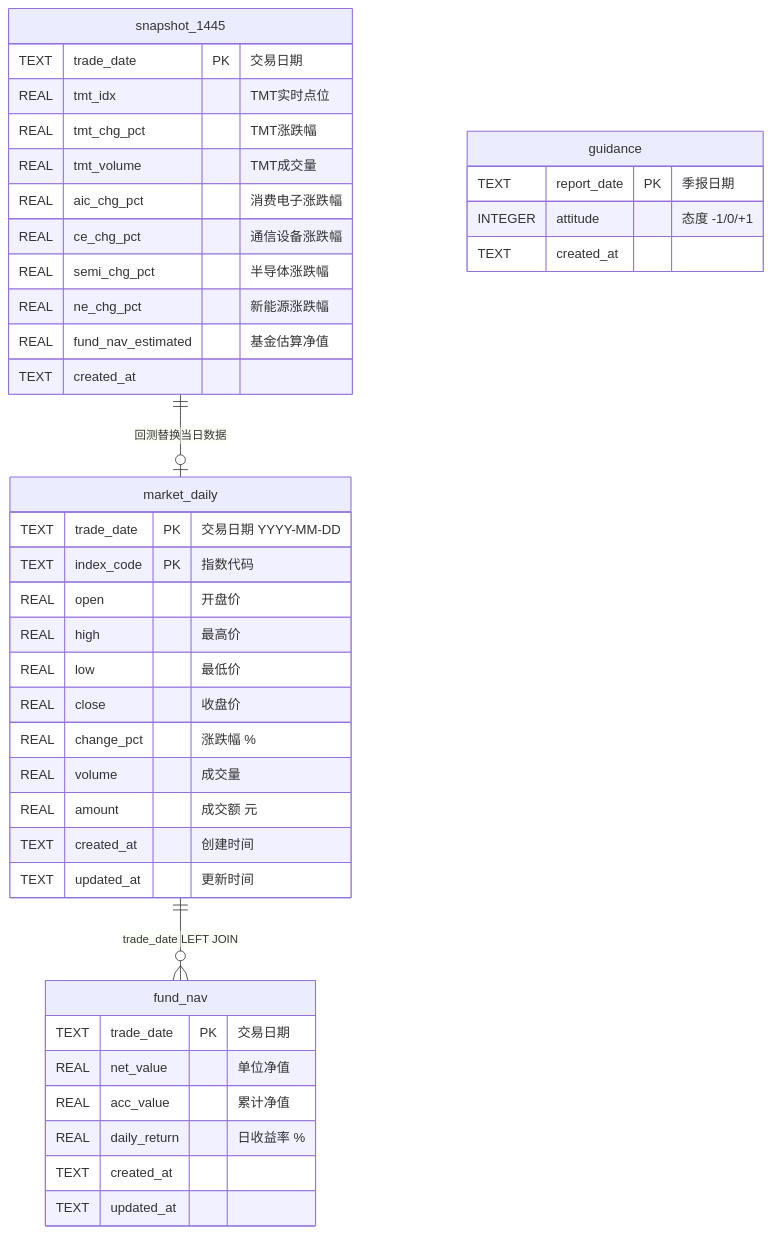
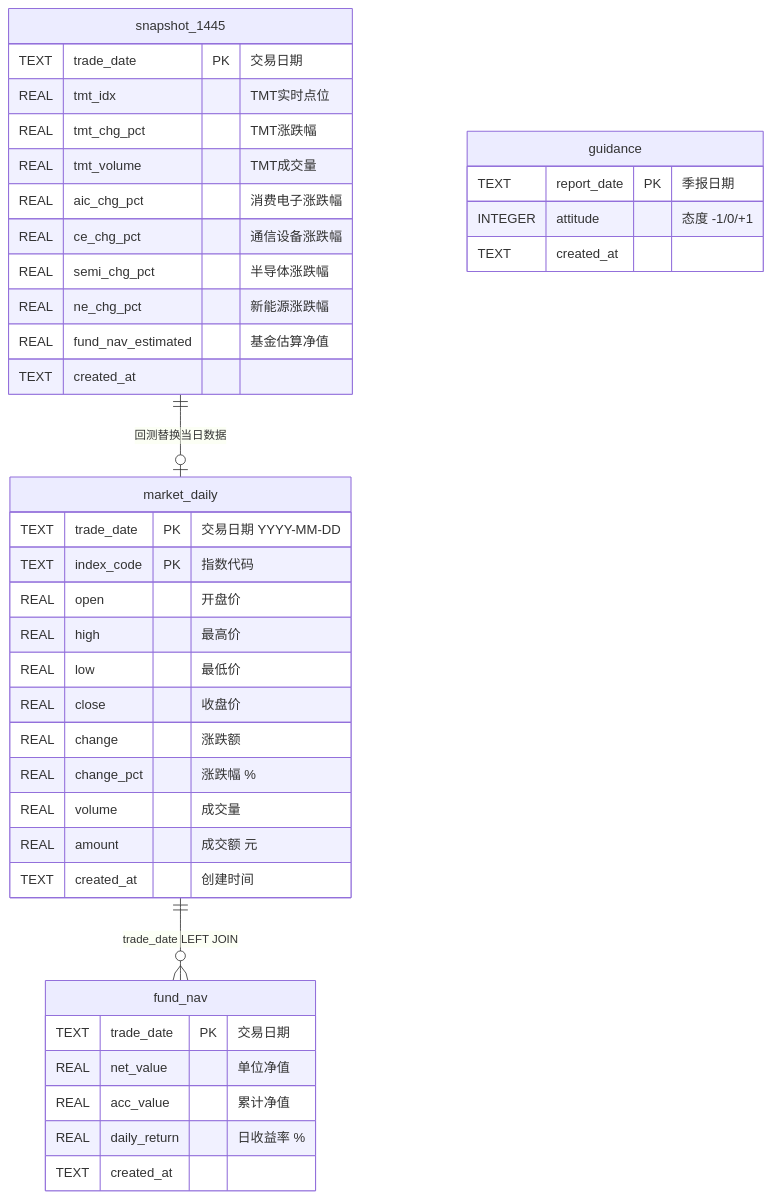
Before and after one commit to liuhao666-lucky/quant-019018: the fourth of 5 diagrams in README.md, drawn with Mermaid. The commit also changed other lines of this file and 8 other files, not shown here.

````diff
--- a/README.md
+++ b/README.md
@@ -162,47 +162,46 @@
 ```mermaid
 erDiagram
     market_daily {
         TEXT trade_date PK "交易日期 YYYY-MM-DD"
         TEXT index_code PK "指数代码"
         REAL open  "开盘价"
         REAL high  "最高价"
         REAL low   "最低价"
         REAL close "收盘价"
+        REAL change "涨跌额"
         REAL change_pct "涨跌幅 %"
         REAL volume "成交量"
         REAL amount "成交额 元"
         TEXT created_at "创建时间"
-        TEXT updated_at "更新时间"
     }
 
     fund_nav {
         TEXT trade_date PK "交易日期"
         REAL net_value "单位净值"
         REAL acc_value "累计净值"
         REAL daily_return "日收益率 %"
         TEXT created_at
-        TEXT updated_at
     }
 
     snapshot_1445 {
         TEXT trade_date PK "交易日期"
         REAL tmt_idx "TMT实时点位"
         REAL tmt_chg_pct "TMT涨跌幅"
         REAL tmt_volume "TMT成交量"
         REAL aic_chg_pct "消费电子涨跌幅"
         REAL ce_chg_pct "通信设备涨跌幅"
         REAL semi_chg_pct "半导体涨跌幅"
         REAL ne_chg_pct "新能源涨跌幅"
         REAL fund_nav_estimated "基金估算净值"
         TEXT created_at
     }
 
     guidance {
         TEXT report_date PK "季报日期"
         INTEGER attitude "态度 -1/0/+1"
         TEXT created_at
     }
 
     market_daily ||--o{ fund_nav : "trade_date LEFT JOIN"
     snapshot_1445 ||--o| market_daily : "回测替换当日数据"
 ```
````
